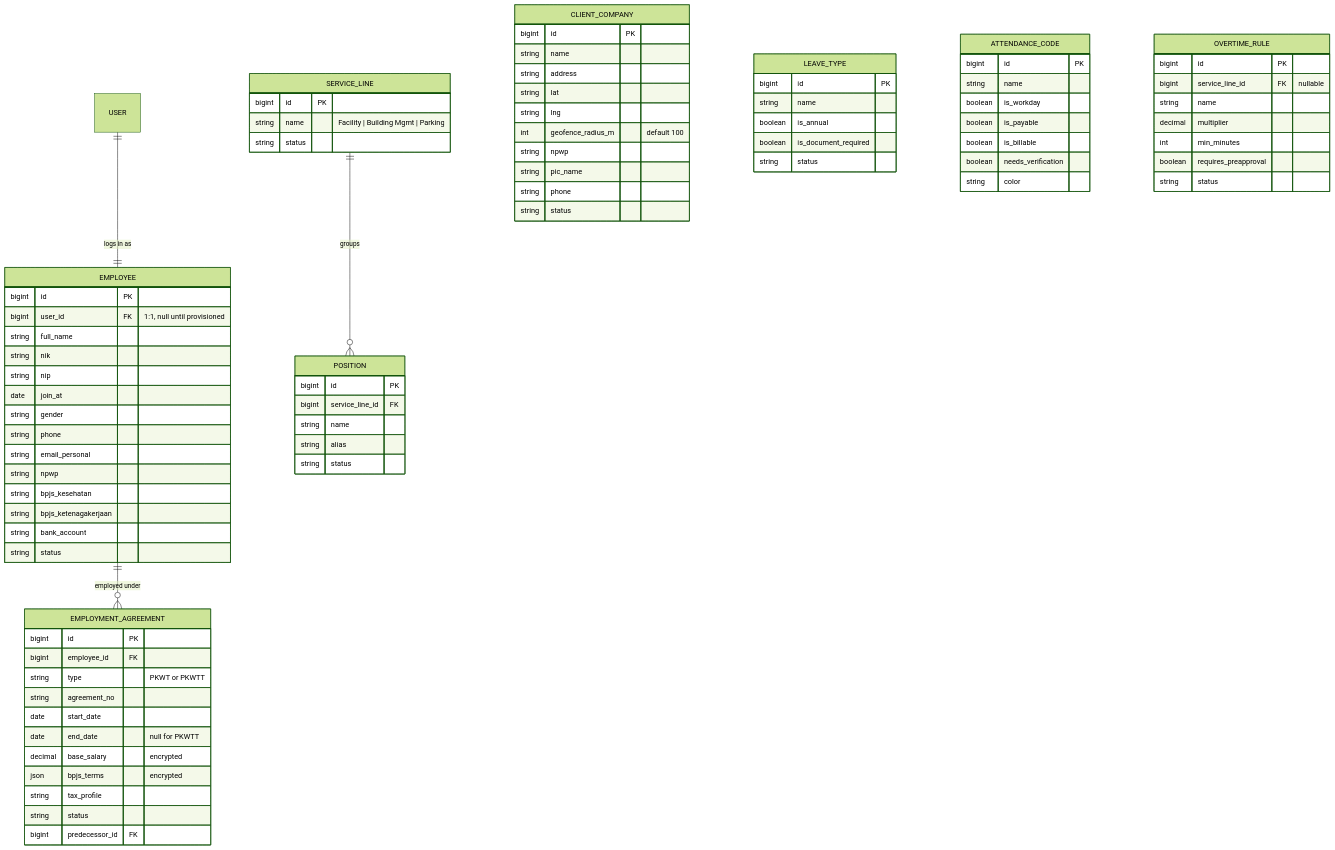
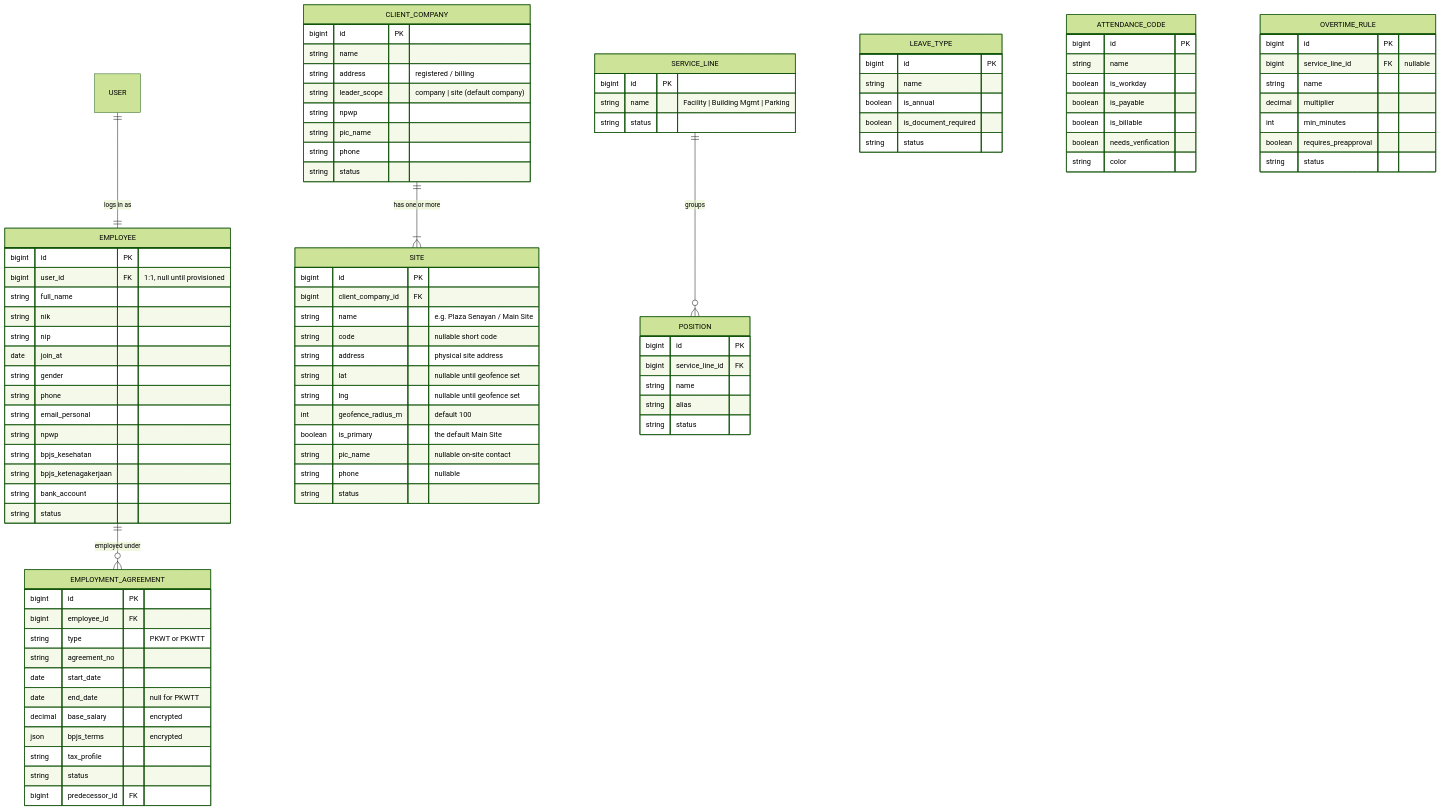
The first of 7 diagrams in docs/epics/E2-identity/FEATURE.md (hariszaki17/hris-outsource), drawn with Mermaid (forest theme) before and after one commit. The commit also changed other lines of this file and 41 other files, not shown here.

```diff
--- a/docs/epics/E2-identity/FEATURE.md
+++ b/docs/epics/E2-identity/FEATURE.md
@@ -30,6 +30,7 @@
 erDiagram
     USER ||--|| EMPLOYEE : "logs in as"
     EMPLOYEE ||--o{ EMPLOYMENT_AGREEMENT : "employed under"
+    CLIENT_COMPANY ||--|{ SITE : "has one or more"
     SERVICE_LINE ||--o{ POSITION : "groups"
 
     EMPLOYEE {
@@ -64,13 +65,25 @@
     CLIENT_COMPANY {
         bigint id PK
         string name
-        string address
-        string lat
-        string lng
-        int geofence_radius_m "default 100"
+        string address "registered / billing"
+        string leader_scope "company | site (default company)"
         string npwp
         string pic_name
         string phone
+        string status
+    }
+    SITE {
+        bigint id PK
+        bigint client_company_id FK
+        string name "e.g. Plaza Senayan / Main Site"
+        string code "nullable short code"
+        string address "physical site address"
+        string lat "nullable until geofence set"
+        string lng "nullable until geofence set"
+        int geofence_radius_m "default 100"
+        boolean is_primary "the default Main Site"
+        string pic_name "nullable on-site contact"
+        string phone "nullable"
         string status
     }
     SERVICE_LINE {
```
